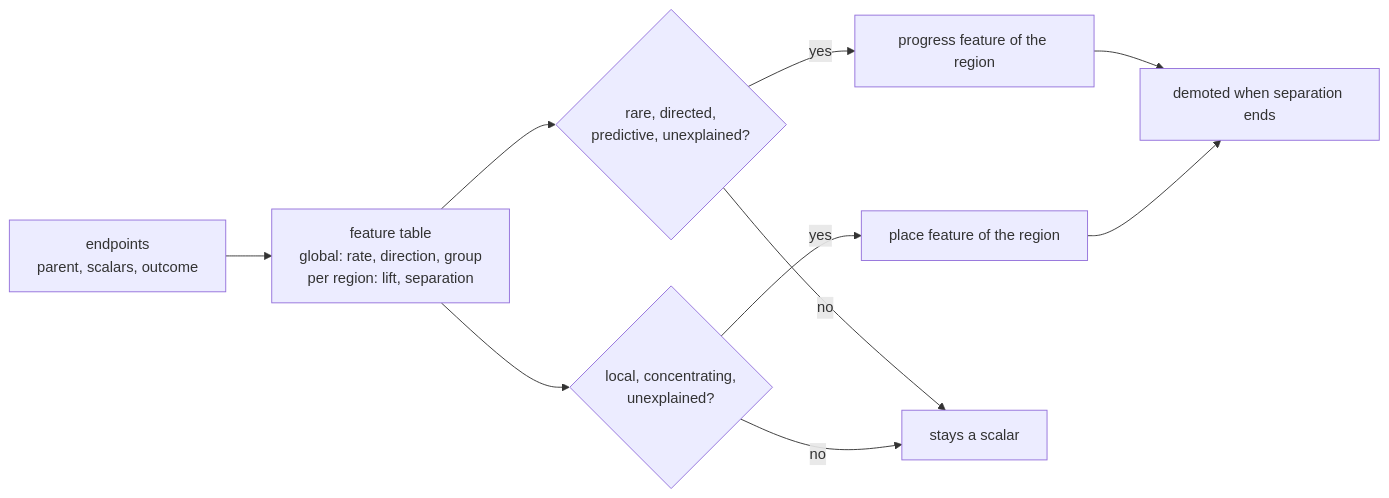
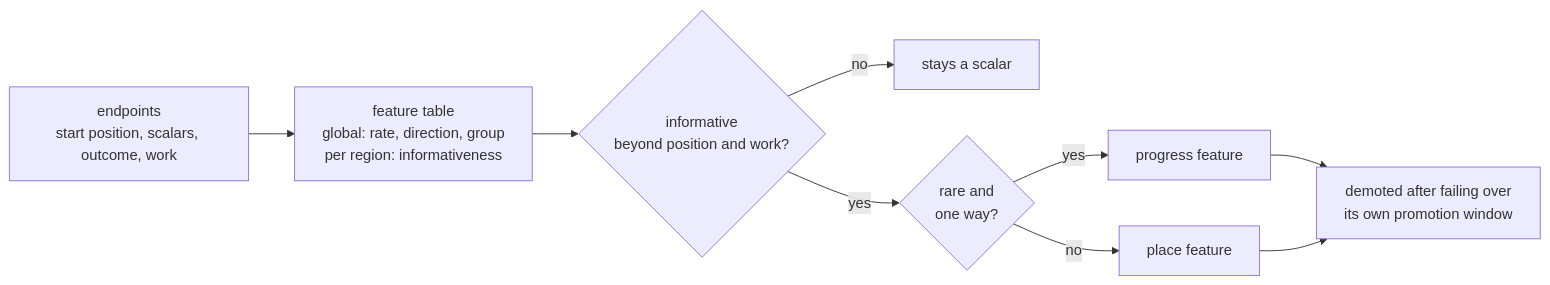
The second of 4 diagrams in DISSONANCE-V3-DESIGN.md (pH14/harmony), drawn with Mermaid before and after one commit. The commit also changed other lines of this file and 1 other file, not shown here.

Commit message:
Promote a feature when it predicts job outcomes beyond position and work

````diff
--- a/DISSONANCE-V3-DESIGN.md
+++ b/DISSONANCE-V3-DESIGN.md
@@ -91,12 +95,11 @@
 ```mermaid
 flowchart LR
-    R[endpoints<br/>parent, scalars, outcome] --> C[feature table<br/>global: rate, direction, group<br/>per region: lift, separation]
-    C --> K{rare, directed,<br/>predictive, unexplained?}
-    C --> L{local, concentrating,<br/>unexplained?}
-    K -- yes --> A[progress feature of the region]
-    L -- yes --> B[place feature of the region]
-    K -- no --> D[stays a scalar]
-    L -- no --> D
-    A --> M[demoted when separation ends]
+    R[endpoints<br/>start position, scalars, outcome, work] --> C[feature table<br/>global: rate, direction, group<br/>per region: informativeness]
+    C --> I{informative<br/>beyond position and work?}
+    I -- no --> D[stays a scalar]
+    I -- yes --> K{rare and<br/>one way?}
+    K -- yes --> A[progress feature]
+    K -- no --> B[place feature]
+    A --> M[demoted after failing over<br/>its own promotion window]
     B --> M
 ```
````
